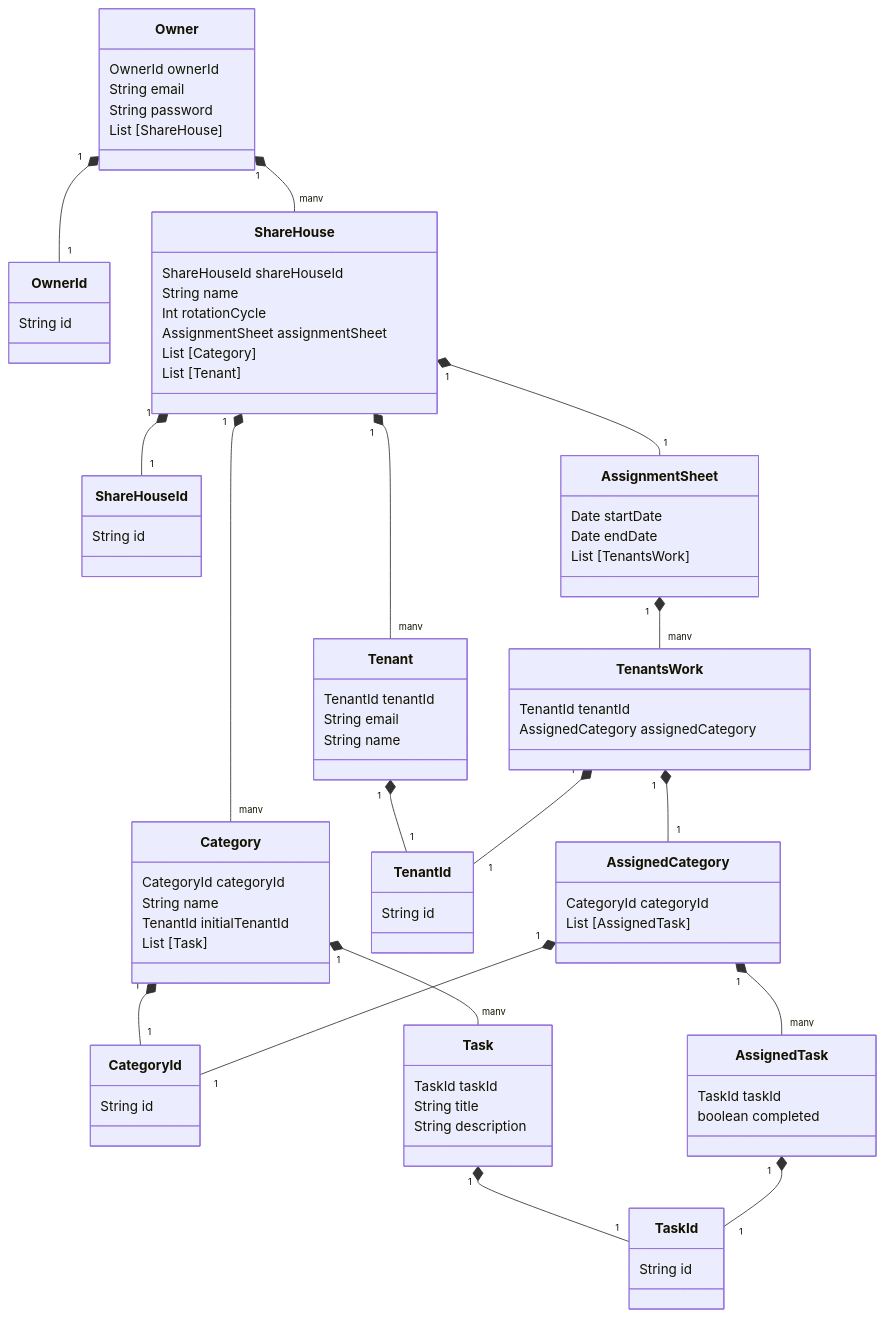
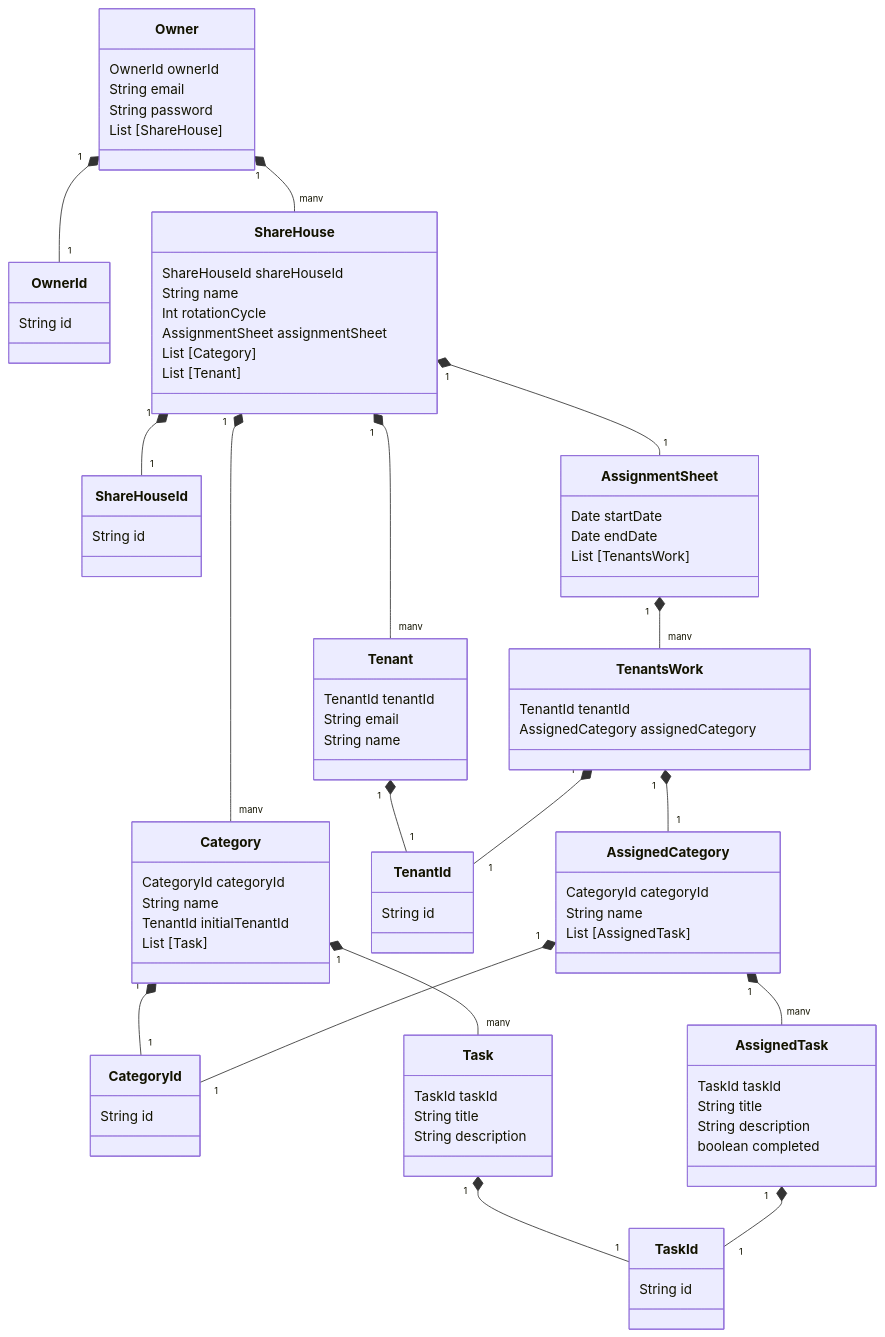
Before and after one commit to Tascurator/tascurator-documents: the diagram in modeling.md, drawn with Mermaid.

Commit message:
docs: add attributes to AssignedCategory & AssignedTask classes

```diff
--- a/modeling.md
+++ b/modeling.md
@@ -68,11 +68,14 @@
 
     class AssignedCategory {
         CategoryId categoryId
+        String name
         List [AssignedTask]
     }
 
     class AssignedTask {
         TaskId taskId
+        String title
+        String description
         boolean completed
     }
 
```
